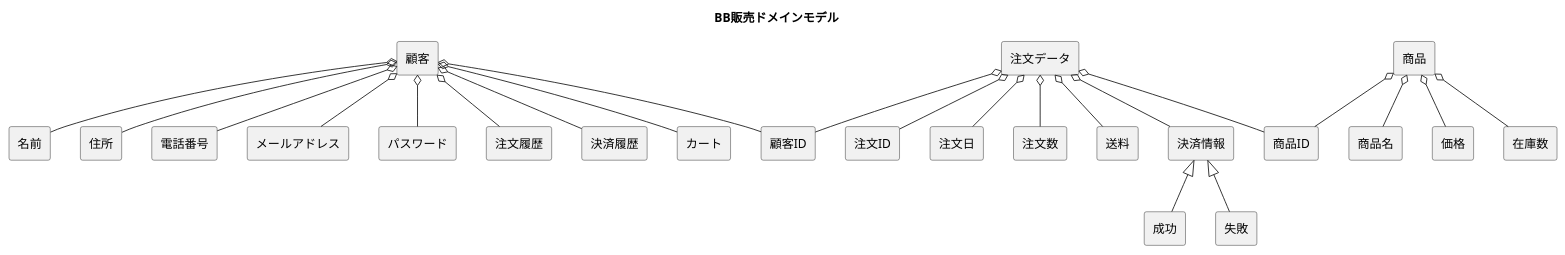
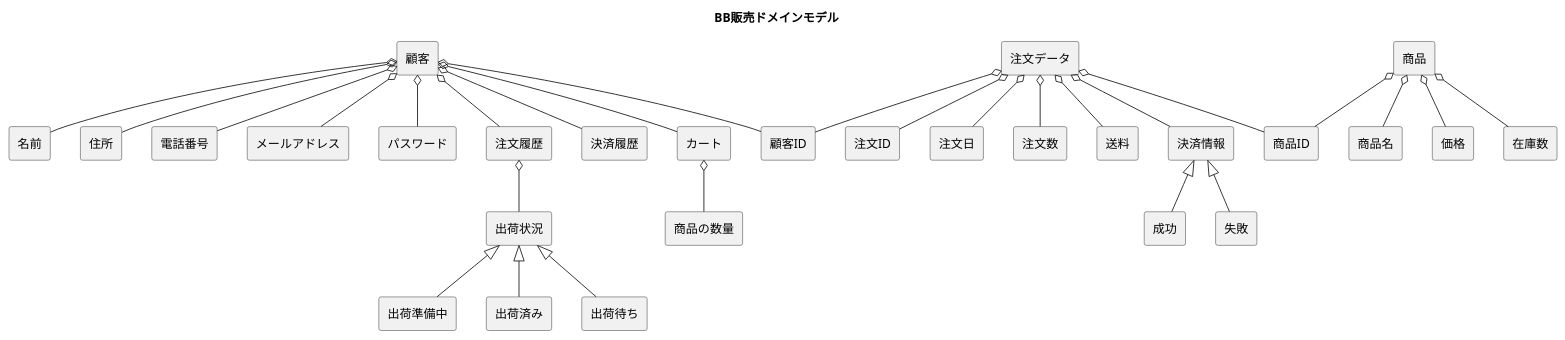
Before and after one commit to FujikawaHirono0520/group3_1_dogdog: the diagram in BB/domain.pu, drawn with PlantUML. The commit also changed 1 other file, not shown here.

```diff
--- a/BB/domain.pu
+++ b/BB/domain.pu
@@ -1,31 +1,41 @@
 @startuml
 
 title BB販売ドメインモデル
 skinparam componentStyle rectangle
 [顧客] o-- [顧客ID]
 [顧客] o-- [名前]
 [顧客] o-- [住所]
 [顧客] o-- [電話番号]
 [顧客] o-- [メールアドレス]
 [顧客] o-- [パスワード]
 [顧客] o-- [注文履歴]
 [顧客] o-- [決済履歴]
 [顧客] o-- [カート]
 
+[注文履歴] o-- [出荷状況]
+
+[出荷状況] <|-- [出荷準備中]
+[出荷状況] <|-- [出荷済み]
+[出荷状況] <|-- [出荷待ち]
+
+
+[カート] o-- [商品の数量]
+
 [注文データ] o-- [注文ID]
 [注文データ] o-- [顧客ID]
 [注文データ] o-- [商品ID]
 [注文データ] o-- [注文日]
 [注文データ] o-- [注文数]
 [注文データ] o-- [送料]
 [注文データ] o-- [決済情報]
+
 
 [決済情報] <|-- [成功]
 [決済情報] <|-- [失敗]
 
 [商品] o-- [商品ID]
 [商品] o-- [商品名]
 [商品] o-- [価格]
 [商品] o-- [在庫数]
 
 @enduml
```
